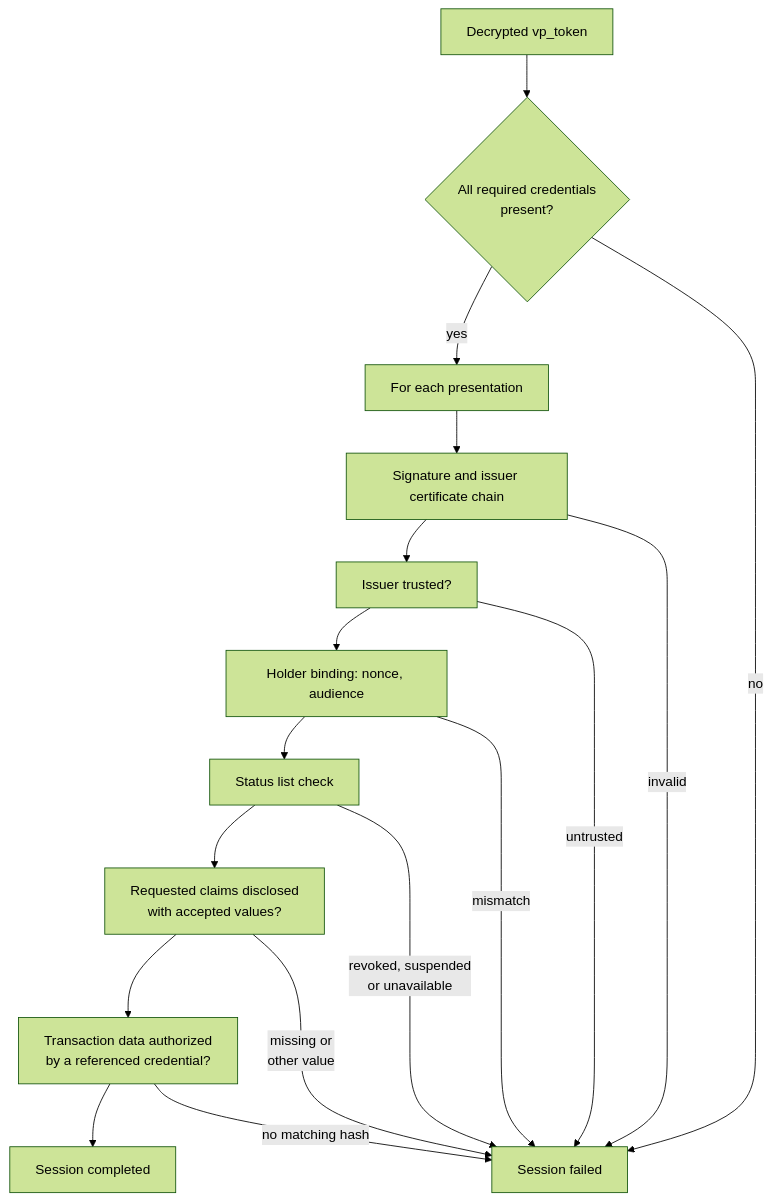
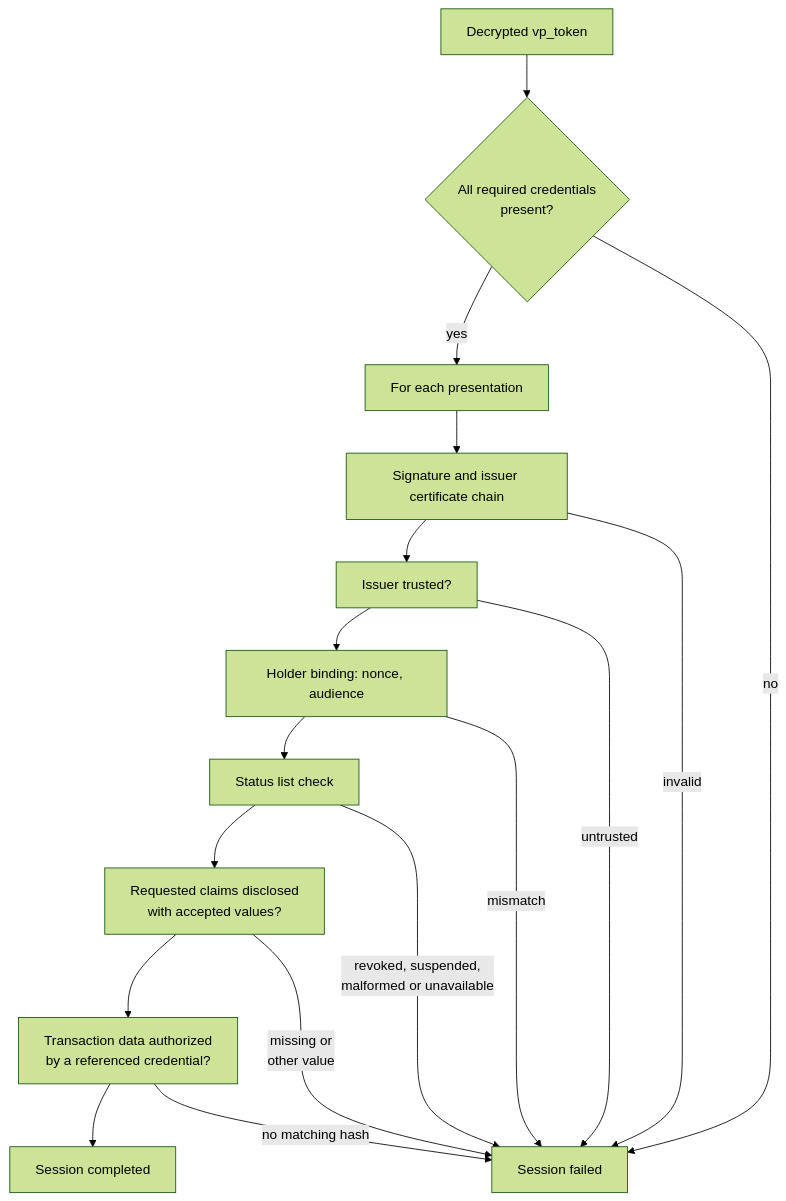
One commit to EUDIPLO/eudiplo changed the second of 3 diagrams in apps/docs/docs/concepts/presentation.md. Above: the diagram before and after it, drawn with Mermaid (forest theme). The commit also changed other lines of this file and 19 other files, not shown here.

````diff
--- a/apps/docs/docs/concepts/presentation.md
+++ b/apps/docs/docs/concepts/presentation.md
@@ -98,19 +98,19 @@
 ```mermaid
 flowchart TB
     R[Decrypted vp_token] --> C{All required credentials<br/>present?}
     C -->|yes| P[For each presentation]
     P --> S[Signature and issuer certificate chain]
     S --> T[Issuer trusted?]
     T --> H[Holder binding: nonce, audience]
     H --> X[Status list check]
     X --> Q[Requested claims disclosed<br/>with accepted values?]
     Q --> D[Transaction data authorized<br/>by a referenced credential?]
     D --> OK[Session completed]
     C -->|no| F[Session failed]
     S -->|invalid| F
     T -->|untrusted| F
     H -->|mismatch| F
-    X -->|revoked, suspended<br/>or unavailable| F
+    X -->|revoked, suspended,<br/>malformed or unavailable| F
     Q -->|missing or<br/>other value| F
     D -->|no matching hash| F
 ```
````
